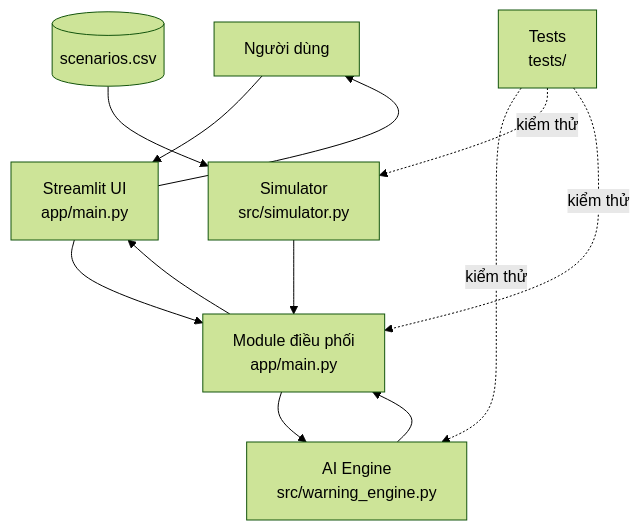
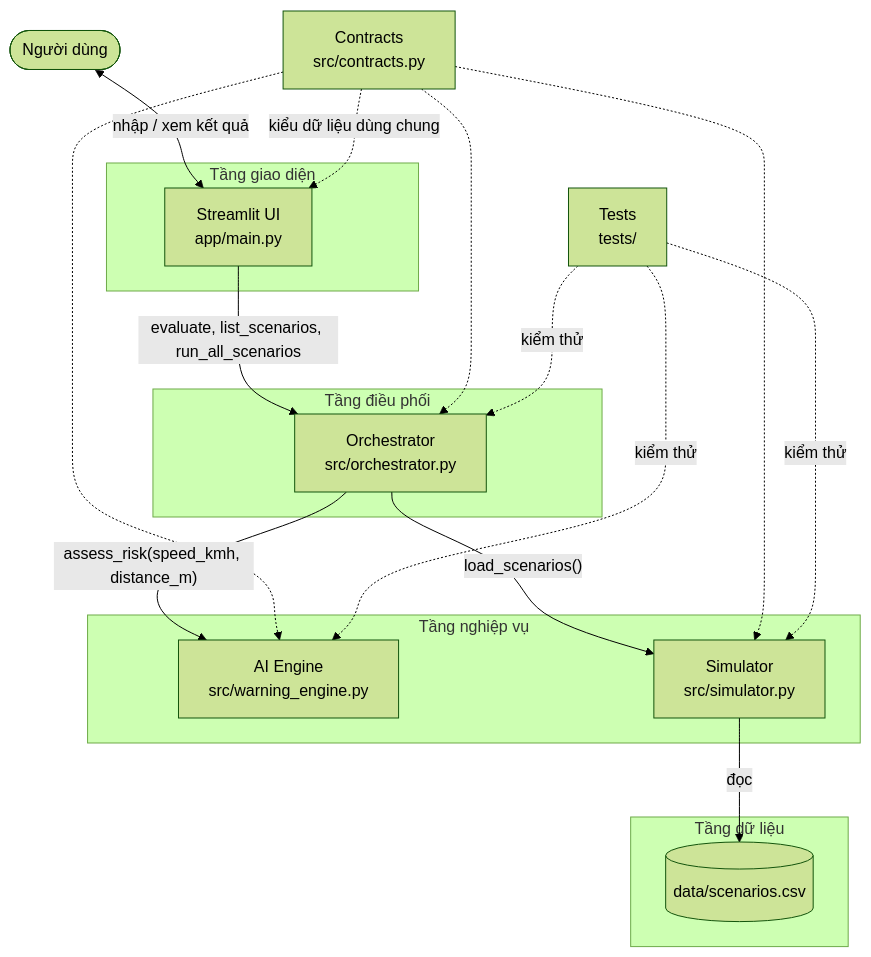
Before and after one commit to foxyy163/Mo-phong-he-thong-canh-bao-va-cham-TTNT: the first of 8 diagrams in docs/week 1/architecture.md, drawn with Mermaid (forest theme). The commit also changed other lines of this file, not shown here.

````diff
--- a/docs/week 1/architecture.md
+++ b/docs/week 1/architecture.md
@@ -75,32 +168,39 @@
 ```mermaid
-flowchart TD
-    USER[Người dùng]
+flowchart TB
+    USER(["Người dùng"])
 
-    UI[Streamlit UI<br/>app/main.py]
+    subgraph PRES["Tầng giao diện"]
+        UI["Streamlit UI<br/>app/main.py"]
+    end
 
-    ORCH[Module điều phối<br/>app/main.py]
+    subgraph APP["Tầng điều phối"]
+        ORCH["Orchestrator<br/>src/orchestrator.py"]
+    end
 
-    AI[AI Engine<br/>src/warning_engine.py]
+    subgraph CORE["Tầng nghiệp vụ"]
+        AI["AI Engine<br/>src/warning_engine.py"]
+        SIM["Simulator<br/>src/simulator.py"]
+    end
 
-    SIM[Simulator<br/>src/simulator.py]
+    subgraph DATA["Tầng dữ liệu"]
+        CSV[("data/scenarios.csv")]
+    end
 
-    DATA[(scenarios.csv)]
+    CON["Contracts<br/>src/contracts.py"]
+    TEST["Tests<br/>tests/"]
 
-    TEST[Tests<br/>tests/]
+    USER <-->|"nhập / xem kết quả"| UI
+    UI -->|"evaluate, list_scenarios, run_all_scenarios"| ORCH
+    ORCH -->|"assess_risk(speed_kmh, distance_m)"| AI
+    ORCH -->|"load_scenarios()"| SIM
+    SIM -->|"đọc"| CSV
 
-    USER --> UI
-    UI --> ORCH
+    CON -.->|"kiểu dữ liệu dùng chung"| UI
+    CON -.-> ORCH
+    CON -.-> AI
+    CON -.-> SIM
 
-    SIM --> ORCH
-    DATA --> SIM
-
-    ORCH --> AI
-    AI --> ORCH
-
-    ORCH --> UI
-    UI --> USER
-
-    TEST -. kiểm thử .-> AI
-    TEST -. kiểm thử .-> SIM
-    TEST -. kiểm thử .-> ORCH
+    TEST -.->|"kiểm thử"| AI
+    TEST -.->|"kiểm thử"| SIM
+    TEST -.->|"kiểm thử"| ORCH
 ```
````
